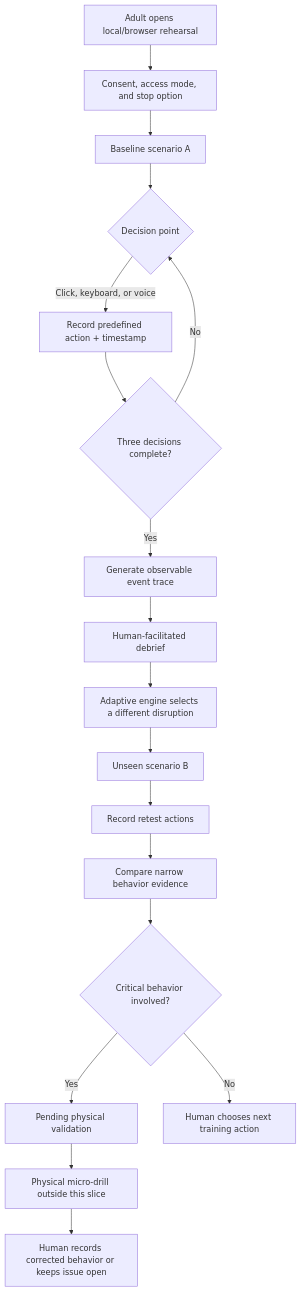
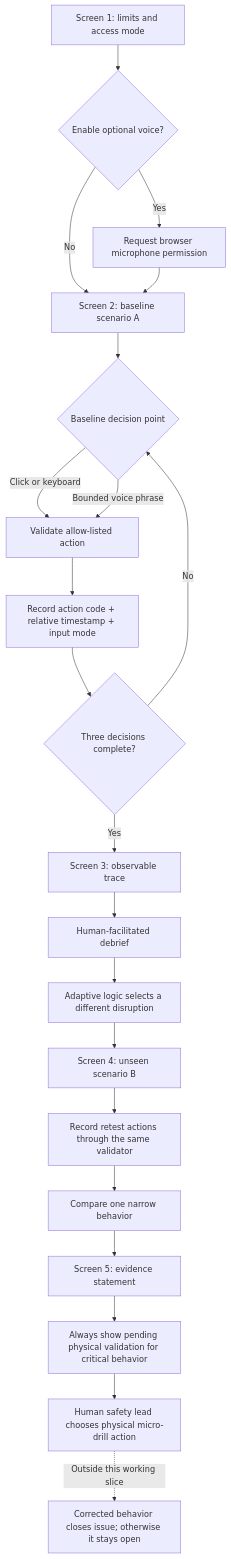
One commit to davidbuzali/decision-bajo-presion-week-6 changed the first of 3 diagrams in docs/PACKET.md. Above: the diagram before and after it, drawn with Mermaid. The commit also changed other lines of this file and 3 other files, not shown here.

````diff
--- a/docs/PACKET.md
+++ b/docs/PACKET.md
@@ -37,20 +112,23 @@
 ```mermaid
 flowchart TD
-    A[Adult opens local/browser rehearsal] --> B[Consent, access mode, and stop option]
-    B --> C[Baseline scenario A]
-    C --> D{Decision point}
-    D -->|Click, keyboard, or voice| E[Record predefined action + timestamp]
-    E --> F{Three decisions complete?}
-    F -->|No| D
-    F -->|Yes| G[Generate observable event trace]
-    G --> H[Human-facilitated debrief]
-    H --> I[Adaptive engine selects a different disruption]
-    I --> J[Unseen scenario B]
-    J --> K[Record retest actions]
-    K --> L[Compare narrow behavior evidence]
-    L --> M{Critical behavior involved?}
-    M -->|Yes| N[Pending physical validation]
-    M -->|No| O[Human chooses next training action]
-    N --> P[Physical micro-drill outside this slice]
-    P --> Q[Human records corrected behavior or keeps issue open]
+    A[Screen 1: limits and access mode] --> B{Enable optional voice?}
+    B -->|No| C[Screen 2: baseline scenario A]
+    B -->|Yes| D[Request browser microphone permission]
+    D --> C
+    C --> E{Baseline decision point}
+    E -->|Click or keyboard| F[Validate allow-listed action]
+    E -->|Bounded voice phrase| F
+    F --> G[Record action code + relative timestamp + input mode]
+    G --> H{Three decisions complete?}
+    H -->|No| E
+    H -->|Yes| I[Screen 3: observable trace]
+    I --> J[Human-facilitated debrief]
+    J --> K[Adaptive logic selects a different disruption]
+    K --> L[Screen 4: unseen scenario B]
+    L --> M[Record retest actions through the same validator]
+    M --> N[Compare one narrow behavior]
+    N --> O[Screen 5: evidence statement]
+    O --> P[Always show pending physical validation for critical behavior]
+    P --> Q[Human safety lead chooses physical micro-drill action]
+    Q -. Outside this working slice .-> R[Corrected behavior closes issue; otherwise it stays open]
 ```
````
